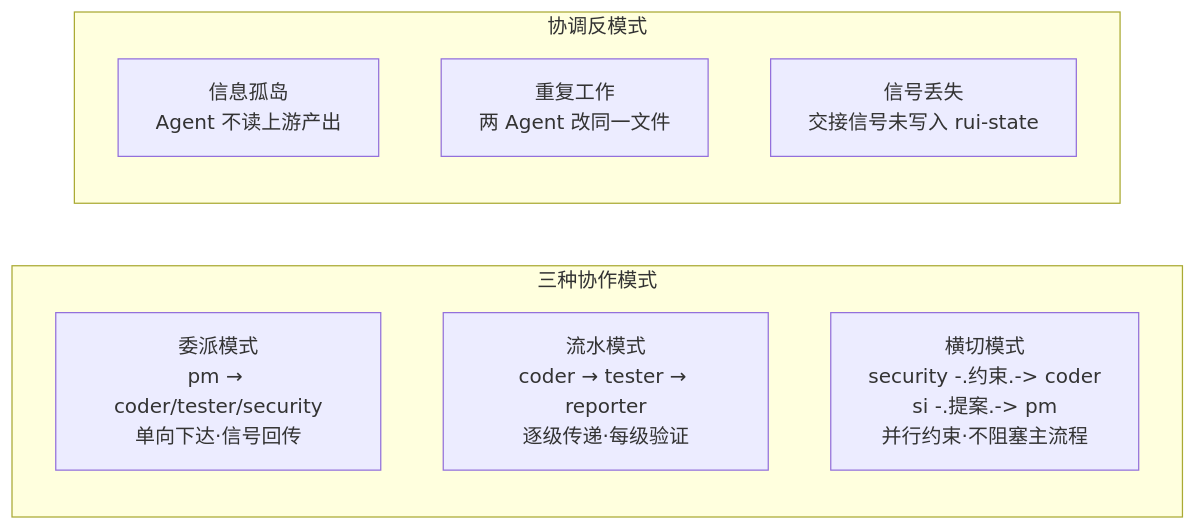
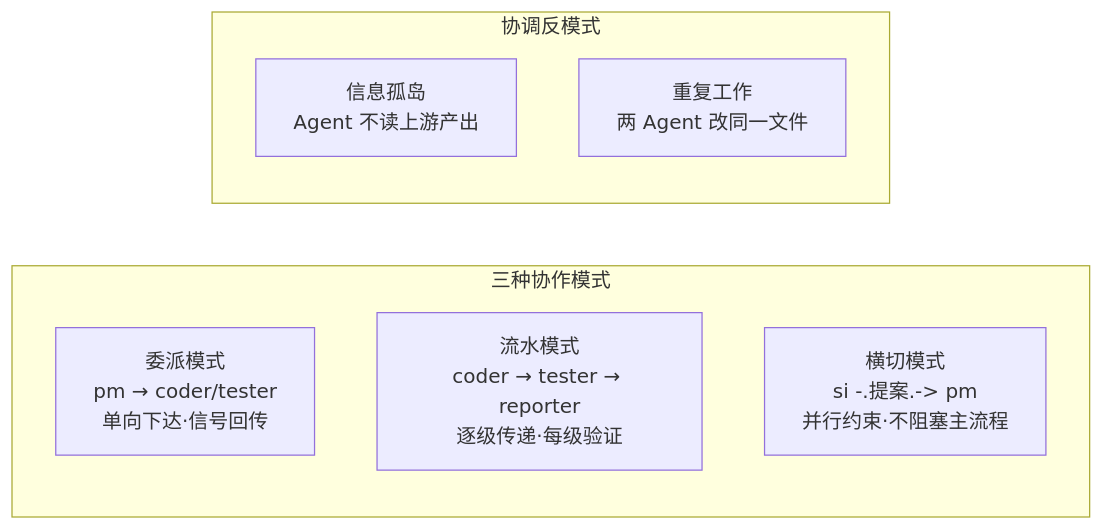
Before and after one commit to effiy/YrY: the seventh of 7 diagrams in agents/AGENT.md, drawn with Mermaid. The commit also changed other lines of this file and 91 other files, not shown here.

````diff
--- a/agents/AGENT.md
+++ b/agents/AGENT.md
@@ -255,15 +245,14 @@
 ```mermaid
 flowchart LR
     subgraph 协作["三种协作模式"]
-        P1["委派模式<br/>pm → coder/tester/security<br/>单向下达·信号回传"]:::mode
+        P1["委派模式<br/>pm → coder/tester<br/>单向下达·信号回传"]:::mode
         P2["流水模式<br/>coder → tester → reporter<br/>逐级传递·每级验证"]:::mode
-        P3["横切模式<br/>security -.约束.-> coder<br/>si -.提案.-> pm<br/>并行约束·不阻塞主流程"]:::mode
+        P3["横切模式<br/>si -.提案.-> pm<br/>并行约束·不阻塞主流程"]:::mode
     end
 
     subgraph 失败["协调反模式"]
         F1["信息孤岛<br/>Agent 不读上游产出"]:::bad
         F2["重复工作<br/>两 Agent 改同一文件"]:::bad
-        F3["信号丢失<br/>交接信号未写入 rui-state"]:::bad
     end
 
 ```
````
